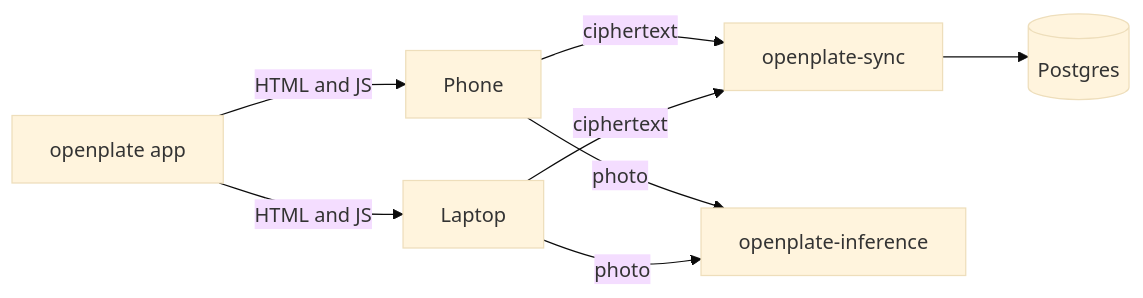
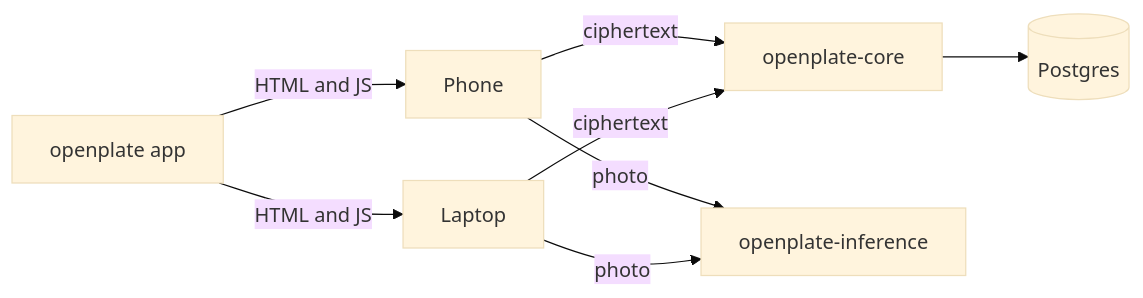
One commit to LowCarbCheck/openplate changed the sixth of 6 diagrams in docs/topologies.md. Above: the diagram before and after it, drawn with Mermaid (base theme). The commit also changed other lines of this file and 90 other files, not shown here.

First line of the commit message:
docs: cite openplate-core, the renamed account service

````diff
--- a/docs/topologies.md
+++ b/docs/topologies.md
@@ -201,11 +201,11 @@
 ```mermaid
 %% alt: Rung four is rungs two and three together, one diary on every device and scans on your own hardware.
 flowchart LR
   app["openplate app"] -->|"HTML and JS"| phone["Phone"]
   app -->|"HTML and JS"| laptop["Laptop"]
-  phone -->|"ciphertext"| sync["openplate-sync"]
+  phone -->|"ciphertext"| sync["openplate-core"]
   laptop -->|"ciphertext"| sync
   sync --> db[("Postgres")]
   phone -->|"photo"| inf["openplate-inference"]
   laptop -->|"photo"| inf
 ```
````
